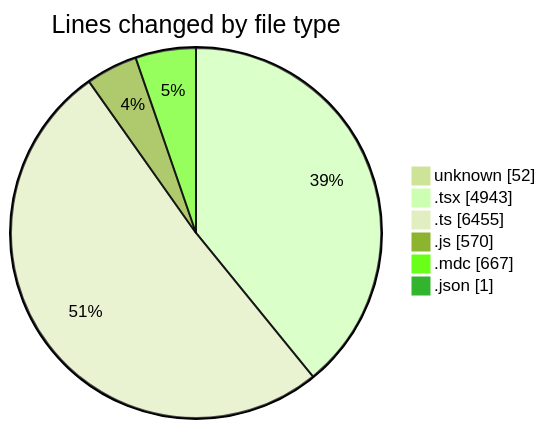
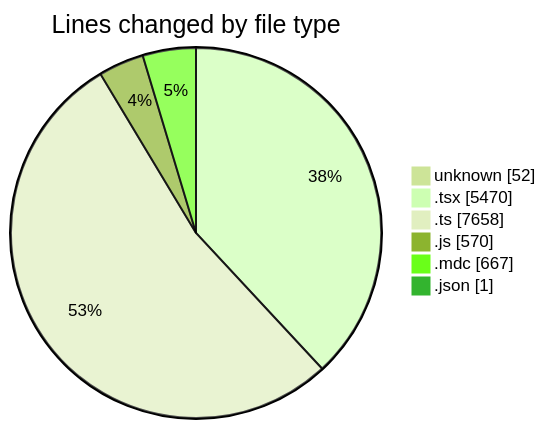
Before and after one commit to CELIANVF/code-tracking: the first of 2 diagrams in 2025-06-02/ecodeli-1/README.md, drawn with Mermaid (forest theme). The commit also changed other lines of this file and 1 other file, not shown here.

````diff
--- a/2025-06-02/ecodeli-1/README.md
+++ b/2025-06-02/ecodeli-1/README.md
@@ -69,10 +69,10 @@
 ```mermaid
 pie showData
 title Lines changed by file type
 "unknown" : 52
-".tsx" : 4943
-".ts" : 6455
+".tsx" : 5470
+".ts" : 7658
 ".js" : 570
 ".mdc" : 667
 ".json" : 1
 ```
````
